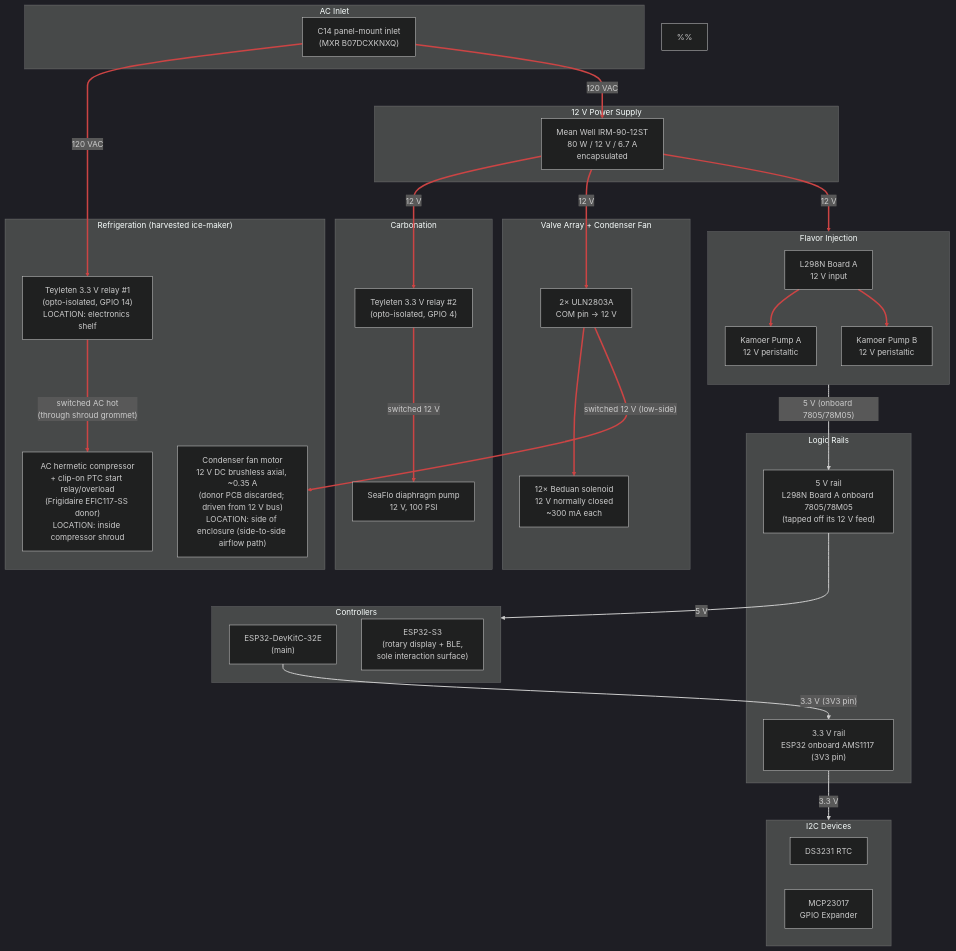
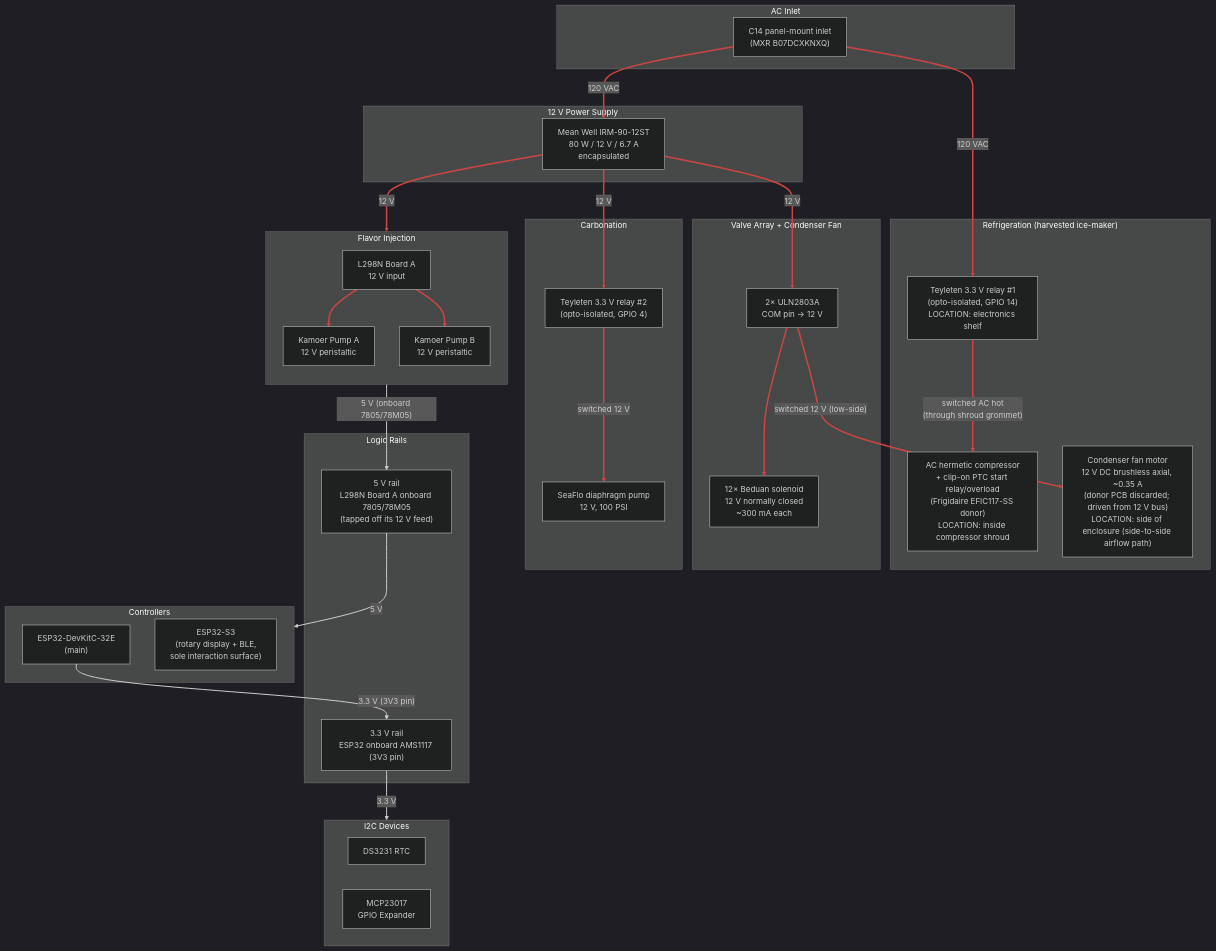
Before and after one commit to derekbreden/homesodamachine: the diagram in hardware/wiring/power.mmd, drawn with Mermaid (dark theme).

Commit message:
Remove extraneous % causing display issues and fix arrangement

```diff
--- a/hardware/wiring/power.mmd
+++ b/hardware/wiring/power.mmd
@@ -1,132 +1,129 @@
 flowchart TD
 
   %% Power Distribution (current plan).
   %% 120 VAC mains in via C14 inlet; Mean Well 12 V PSU supplies the
   %% 12 V bus for everything except the compressor itself, which runs
   %% on switched mains via Teyleten relay #1 (ESP32 GPIO 14). The 12 V
   %% diaphragm pump is gated by Teyleten relay #2 (ESP32 GPIO 4) so
   %% firmware can keep refill off during an active dispense.
-  %%
   %% The 5 V logic rail is the L298N Board A onboard 7805/78M05, made
   %% from the 12 V at its VS input; it powers the ESP32 boards and the
   %% relay VCC. The ESP32's onboard AMS1117 supplies 3.3 V on its 3V3
   %% pin to the I2C devices.
-  %%
   %% Physical placement:
   %% - The C14 inlet, AC distribution, PSU, both Teyleten relays, the
   %%   ESP32, MCP23017, ULN2803A pair, and L298N all sit on a single
   %%   electronics shelf at the top-back of the enclosure, behind the
   %%   rear-panel C14 inlet.
   %% - The compressor sits middle-bottom inside a fire-rated metal
   %%   shroud (because the appliance is going into kitchens used by
   %%   friends, family, and customers the founder knows by name, and
   %%   safe handling of the R-600a charge is what UL 60335-2-89
   %%   actually requires); its clip-on PTC start relay + overload
   %%   module is co-located with the compressor body inside the shroud.
   %% - Teyleten relay #1 stays on the SHELF, OUTSIDE the shroud.
   %%   Only switched AC enters the shroud (one wire bundle through one
   %%   grommet: switched H + N + chassis G). This avoids placing an
   %%   arcing contact inside the protected hydrocarbon-refrigerant
   %%   compartment.
   %% - The condenser fan motor is on the side of the enclosure
   %%   (the side-to-side intake → condenser → exhaust airflow path)
   %%   and is OUTSIDE the shroud. It is a 12 V DC brushless axial
   %%   fan: the donor ice maker's own PCB regulated mains to 12 V
   %%   to drive it (factory wiring was never AC on the fan itself),
   %%   so on harvest we discard the donor PCB and drive the fan
   %%   from our own 12 V bus. Low-side switched via one channel of
   %%   ULN2803A #2 driven from MCP23017 0x21 PA4 — same pattern as
   %%   the solenoid valves. Firmware turns it on/off in lockstep
   %%   with the compressor.
-  %%
   %% See `ac-wiring-schedule.md` for run-by-run gauges + lengths and
   %% `../cut-parts/compressor-shroud/` for the shroud part.
 
   subgraph AC_Inlet["AC Inlet"]
     C14["C14 panel-mount inlet\n(MXR B07DCXKNXQ)"]
   end
 
   subgraph Supply["12 V Power Supply"]
     PSU["Mean Well IRM-90-12ST\n80 W / 12 V / 6.7 A\nencapsulated"]
   end
 
   subgraph Refrigeration["Refrigeration  (harvested ice-maker)"]
     RELAY["Teyleten 3.3 V relay #1\n(opto-isolated, GPIO 14)\nLOCATION: electronics shelf"]
     COMP_AC["AC hermetic compressor\n+ clip-on PTC start relay/overload\n(Frigidaire EFIC117-SS donor)\nLOCATION: inside compressor shroud"]
     COND_FAN["Condenser fan motor\n12 V DC brushless axial, ~0.35 A\n(donor PCB discarded; driven from 12 V bus)\nLOCATION: side of enclosure (side-to-side airflow path)"]
     RELAY ==>|"switched AC hot\n(through shroud grommet)"| COMP_AC
   end
 
-  subgraph Regulation["Logic Rails"]
-    REG_5V["5 V rail\nL298N Board A onboard 7805/78M05\n(tapped off its 12 V feed)"]
-    REG_3V3["3.3 V rail\nESP32 onboard AMS1117 (3V3 pin)"]
+  subgraph Valve_Power["Valve Array + Condenser Fan"]
+    ULN["2× ULN2803A\nCOM pin → 12 V"]
+    VALVES["12× Beduan solenoid\n12 V normally closed\n~300 mA each"]
+    ULN ==> VALVES
   end
 
   subgraph Carbonation["Carbonation"]
     DIA_RELAY["Teyleten 3.3 V relay #2\n(opto-isolated, GPIO 4)"]
     DIA_PUMP["SeaFlo diaphragm pump\n12 V, 100 PSI"]
     DIA_RELAY ==>|"switched 12 V"| DIA_PUMP
+  end
+
+  subgraph Regulation["Logic Rails"]
+    REG_5V["5 V rail\nL298N Board A onboard 7805/78M05\n(tapped off its 12 V feed)"]
+    REG_3V3["3.3 V rail\nESP32 onboard AMS1117 (3V3 pin)"]
   end
 
   subgraph Flavor["Flavor Injection"]
     direction TB
     L298["L298N Board A\n12 V input"]
     PUMP_A["Kamoer Pump A\n12 V peristaltic"]
     PUMP_B["Kamoer Pump B\n12 V peristaltic"]
     L298 ==> PUMP_A
     L298 ==> PUMP_B
-  end
-
-  subgraph Valve_Power["Valve Array + Condenser Fan"]
-    ULN["2× ULN2803A\nCOM pin → 12 V"]
-    VALVES["12× Beduan solenoid\n12 V normally closed\n~300 mA each"]
-    ULN ==> VALVES
   end
 
   %% Condenser fan rides the same low-side switching pattern as the
   %% solenoid valves: one ULN2803A #2 channel (driven from MCP23017
   %% 0x21 PA4) sinks the fan's return when commanded. Crossing the
   %% subgraph boundary is intentional — the fan is semantically part
   %% of Refrigeration, but its switching topology is the valve pattern.
   ULN ==>|"switched 12 V (low-side)"| COND_FAN
 
   subgraph MCUs["Controllers"]
     ESP32["ESP32-DevKitC-32E\n(main)"]
     S3["ESP32-S3\n(rotary display + BLE,\n sole interaction surface)"]
   end
 
   subgraph I2C_Devices["I2C Devices"]
     RTC["DS3231 RTC"]
     MCP["MCP23017\nGPIO Expander"]
   end
 
   %% AC distribution (hot leg)
   C14 ==>|"120 VAC"| RELAY
   C14 ==>|"120 VAC"| PSU
 
   %% 12 V distribution
   PSU ==>|"12 V"| DIA_RELAY
   PSU ==>|"12 V"| L298
   PSU ==>|"12 V"| ULN
 
   %% Logic rails (derived on-board, not dedicated parts)
   L298 -->|"5 V (onboard 7805/78M05)"| REG_5V
   REG_5V -->|"5 V"| MCUs
   ESP32 -->|"3.3 V (3V3 pin)"| REG_3V3
   REG_3V3 -->|"3.3 V"| I2C_Devices
 
   %% Power paths (red, thick).
   %% 0    = relay #1 -> compressor (switched AC, through shroud)
   %% 1    = Teyleten relay #2 -> diaphragm pump (switched 12 V)
   %% 2-3  = L298 -> peristaltic pumps
   %% 4    = ULN2803A -> solenoid valves
   %% 5    = ULN2803A -> condenser fan (switched 12 V, low-side)
   %% 6-7  = C14 -> relay #1, C14 -> PSU (AC mains)
   %% 8-10 = PSU 12 V trunk to diaphragm relay, L298N, ULN2803A
   linkStyle 0,1,2,3,4,5,6,7,8,9,10 stroke:#c44,stroke-width:3px
   %% Logic rails (5 V, 3.3 V), derived on-board: white workhorse.
   %% 11 = L298N onboard reg -> 5 V rail
   %% 12 = 5 V rail -> MCUs
   %% 13 = ESP32 onboard AMS1117 (3V3 pin) -> 3.3 V rail
   %% 14 = 3.3 V rail -> I2C devices
   linkStyle 11,12,13,14 stroke:#ccc,stroke-width:2px
```
